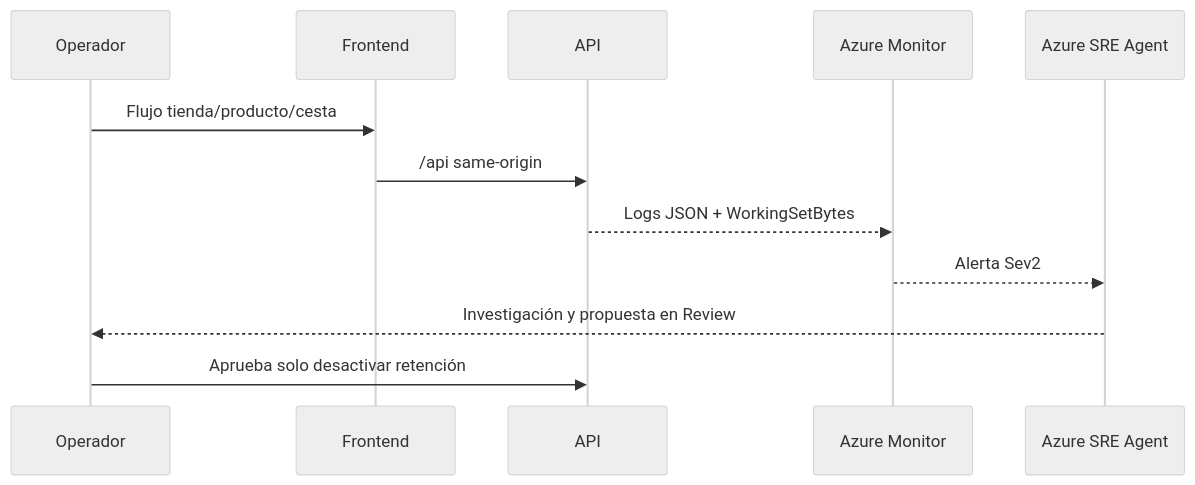
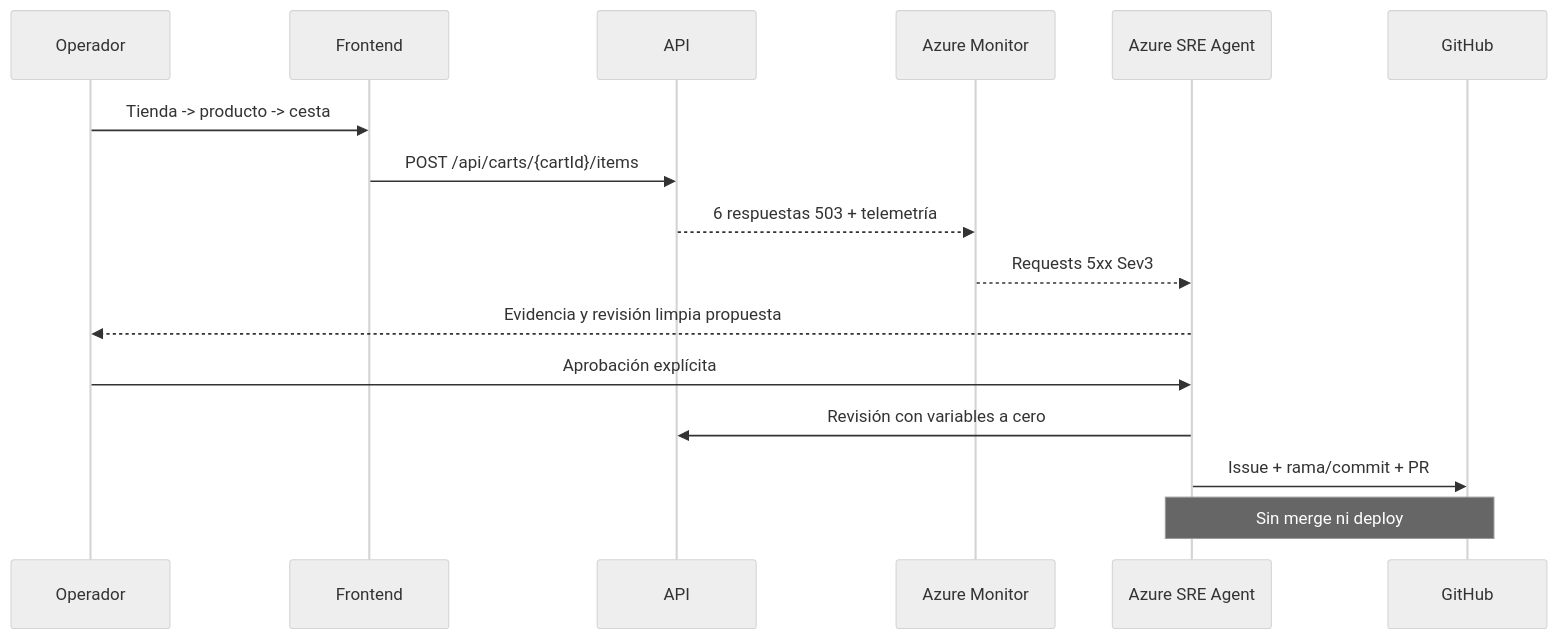
One commit to marioaguileraaa/mercadona-sre-agent-demo changed the diagram in docs/guia-demo-paso-a-paso.md. Above: the diagram before and after it, drawn with Mermaid (neutral theme). The commit also changed other lines of this file and 28 other files, not shown here.

````diff
--- a/docs/guia-demo-paso-a-paso.md
+++ b/docs/guia-demo-paso-a-paso.md
@@ -25,14 +18,18 @@
 ```mermaid
 sequenceDiagram
   participant O as Operador
   participant W as Frontend
   participant A as API
   participant M as Azure Monitor
   participant S as Azure SRE Agent
-  O->>W: Flujo tienda/producto/cesta
-  W->>A: /api same-origin
-  A-->>M: Logs JSON + WorkingSetBytes
-  M-->>S: Alerta Sev2
-  S-->>O: Investigación y propuesta en Review
-  O->>A: Aprueba solo desactivar retención
+  participant G as GitHub
+  O->>W: Tienda -> producto -> cesta
+  W->>A: POST /api/carts/{cartId}/items
+  A-->>M: 6 respuestas 503 + telemetría
+  M-->>S: Requests 5xx Sev3
+  S-->>O: Evidencia y revisión limpia propuesta
+  O->>S: Aprobación explícita
+  S->>A: Revisión con variables a cero
+  S->>G: Issue + rama/commit + PR
+  Note over S,G: Sin merge ni deploy
 ```
````
